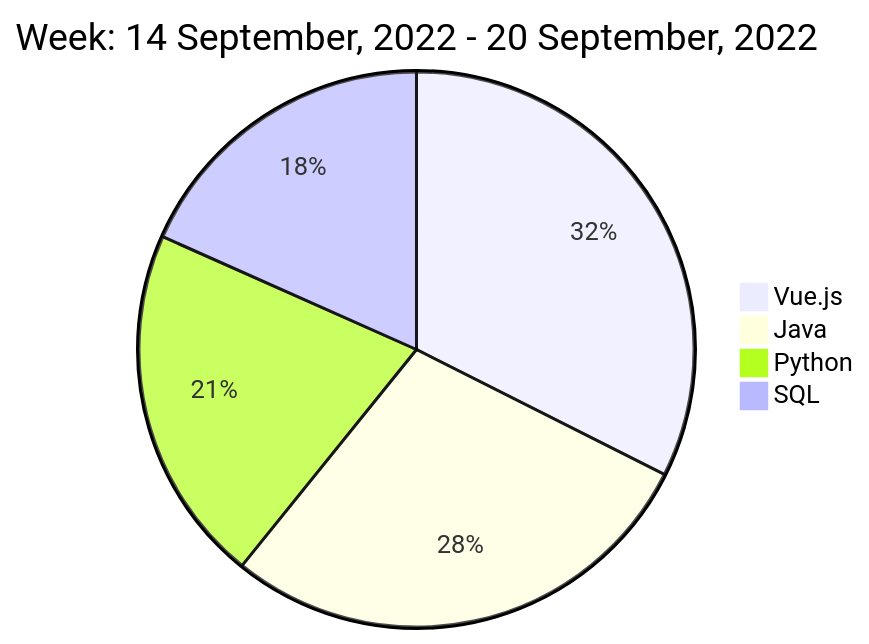
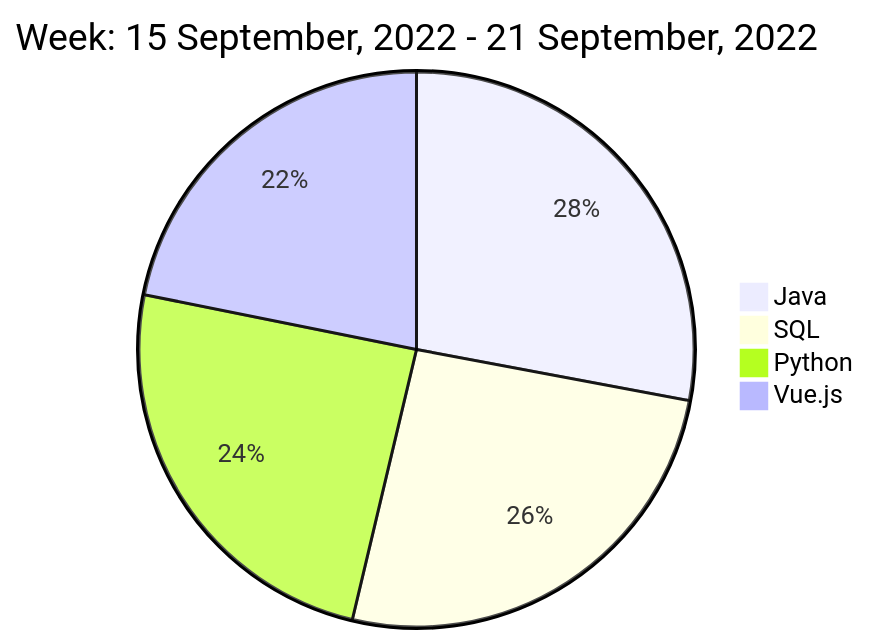
One commit to liubin95/liubin95 changed the diagram in README.md. Above: the diagram before and after it, drawn with Mermaid.

Commit message:
Updated the Graph with new Metrics

````diff
--- a/README.md
+++ b/README.md
@@ -40,8 +40,8 @@
 ```mermaid
  pie
-title Week: 14 September, 2022 - 20 September, 2022
- "Vue.js" : 1.68
- "Java" : 1.47
- "Python" : 1.08
- "SQL" : 0.95
+title Week: 15 September, 2022 - 21 September, 2022
+ "Java" : 1.92
+ "SQL" : 1.77
+ "Python" : 1.68
+ "Vue.js" : 1.5
 ```
````
